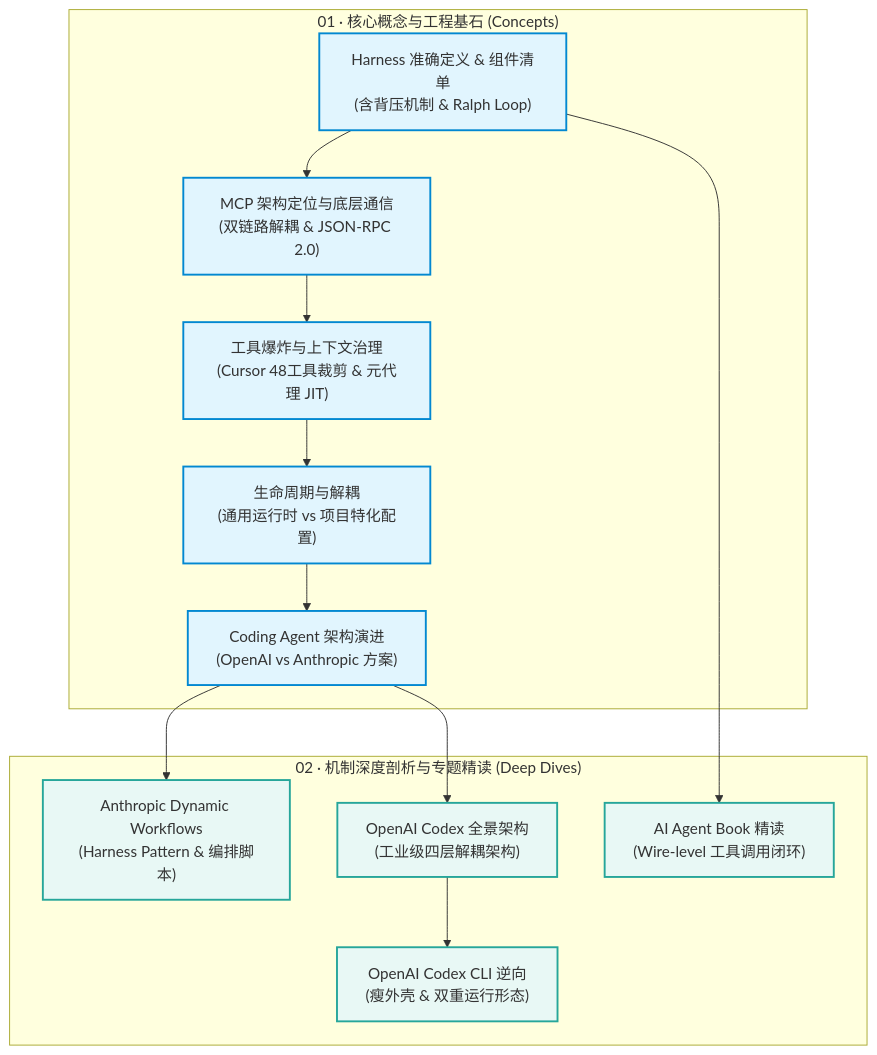
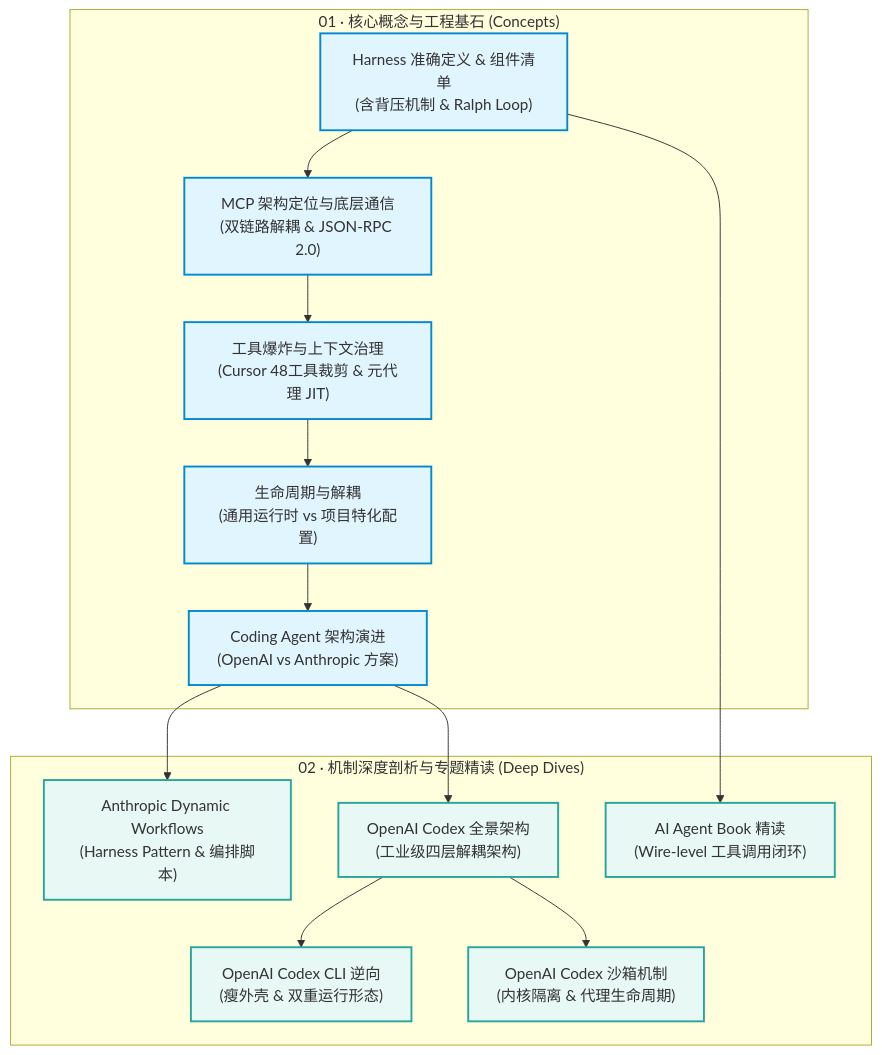
Before and after one commit to Yajing-Z/llm-agent-learning: the diagram in README.md, drawn with Mermaid. The commit also changed other lines of this file and 3 other files, not shown here.

Commit message:
Add codex sandbox lifecycle knowledges

````diff
--- a/README.md
+++ b/README.md
@@ -11,26 +11,28 @@
 ```mermaid
 graph TD
     classDef concept fill:#e1f5fe,stroke:#0288d1,stroke-width:2px;
     classDef practice fill:#e8f8f5,stroke:#26a69a,stroke-width:2px;
 
     subgraph C1["01 · 核心概念与工程基石 (Concepts)"]
         HD["Harness 准确定义 & 组件清单<br/>(含背压机制 & Ralph Loop)"]:::concept
         MCP["MCP 架构定位与底层通信<br/>(双链路解耦 & JSON-RPC 2.0)"]:::concept
         TE["工具爆炸与上下文治理<br/>(Cursor 48工具裁剪 & 元代理 JIT)"]:::concept
         HL["生命周期与解耦<br/>(通用运行时 vs 项目特化配置)"]:::concept
         CA["Coding Agent 架构演进<br/>(OpenAI vs Anthropic 方案)"]:::concept
     end
 
     subgraph C2["02 · 机制深度剖析与专题精读 (Deep Dives)"]
         ADW["Anthropic Dynamic Workflows<br/>(Harness Pattern & 编排脚本)"]:::practice
         BOOK["AI Agent Book 精读<br/>(Wire-level 工具调用闭环)"]:::practice
         CODEX_ARCH["OpenAI Codex 全景架构<br/>(工业级四层解耦架构)"]:::practice
         CODEX_CLI["OpenAI Codex CLI 逆向<br/>(瘦外壳 & 双重运行形态)"]:::practice
+        CODEX_SANDBOX["OpenAI Codex 沙箱机制<br/>(内核隔离 & 代理生命周期)"]:::practice
     end
 
     HD --> MCP --> TE --> HL --> CA
     CA --> ADW
     CA --> CODEX_ARCH
     CODEX_ARCH --> CODEX_CLI
+    CODEX_ARCH --> CODEX_SANDBOX
     HD --> BOOK
 ```
````
